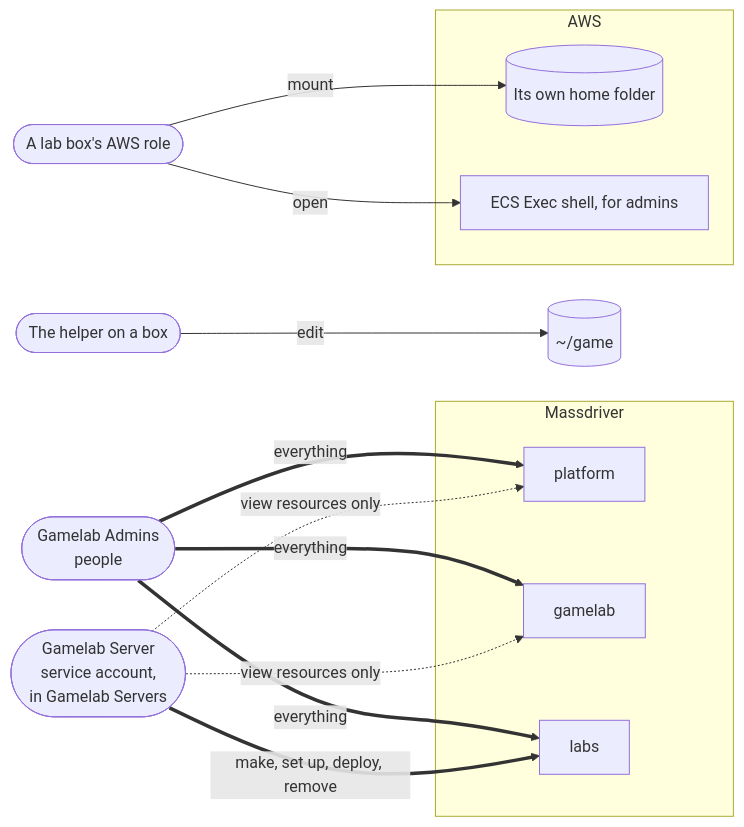
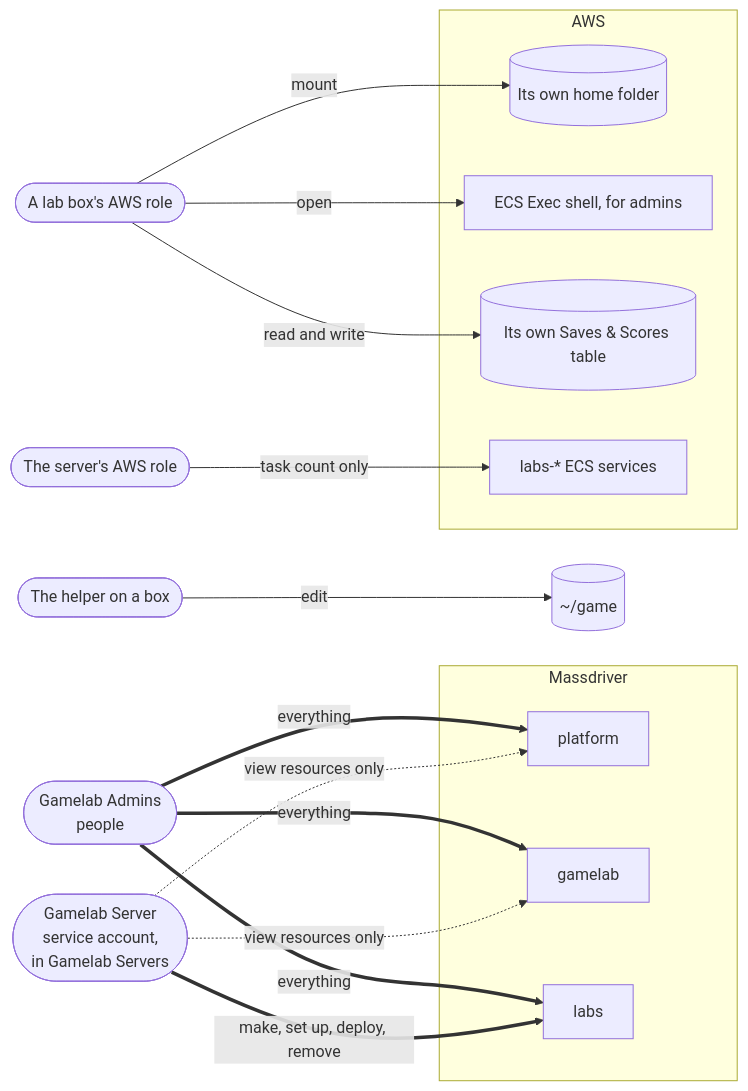
The sixth of 9 diagrams in examples/gamelab/README.md (massdriver-catalogs/aws), drawn with Mermaid before and after one commit. The commit also changed other lines of this file, not shown here.

Commit message:
Show saves, high scores and sleeping labs in the Gamelab guide

````diff
--- a/examples/gamelab/README.md
+++ b/examples/gamelab/README.md
@@ -179,25 +173,30 @@
 ```mermaid
 flowchart LR
   admins(["Gamelab Admins<br>people"])
   sa(["Gamelab Server<br>service account,<br>in Gamelab Servers"])
   boxrole(["A lab box's AWS role"])
+  serverrole(["The server's AWS role"])
   helper(["The helper on a box"])
 
   subgraph massdriver["Massdriver"]
     plat["platform"]
     gl["gamelab"]
     lb["labs"]
   end
   subgraph awsside["AWS"]
     efs[("Its own home folder")]
     exec["ECS Exec shell, for admins"]
+    dyn[("Its own Saves & Scores table")]
+    svc["labs-* ECS services"]
   end
   folder[("~/game")]
 
   admins == "everything" ==> plat & gl & lb
   sa == "make, set up, deploy, remove" ==> lb
   sa -. "view resources only" .-> plat & gl
   boxrole -- "mount" --> efs
   boxrole -- "open" --> exec
+  boxrole -- "read and write" --> dyn
+  serverrole -- "task count only" --> svc
   helper -- "edit" --> folder
 ```
````
